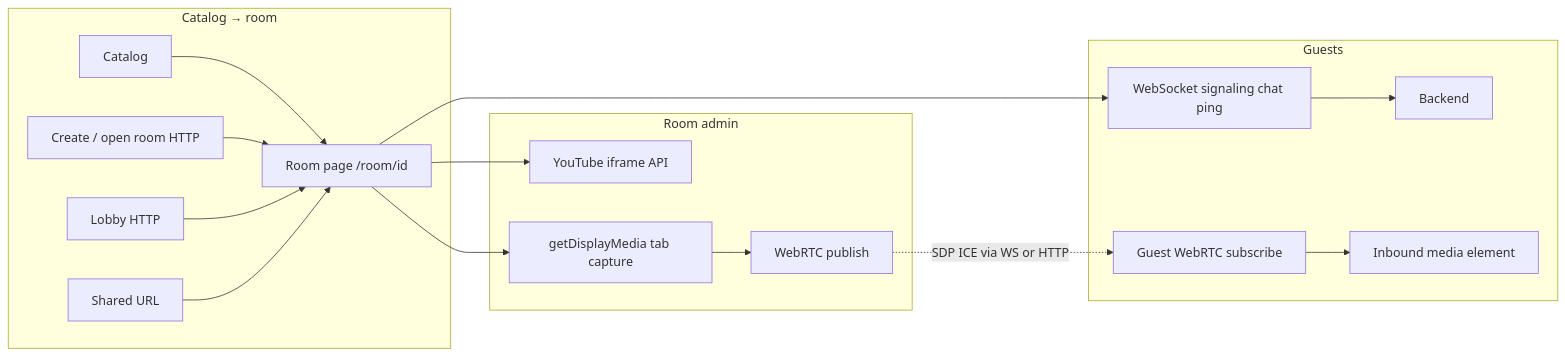
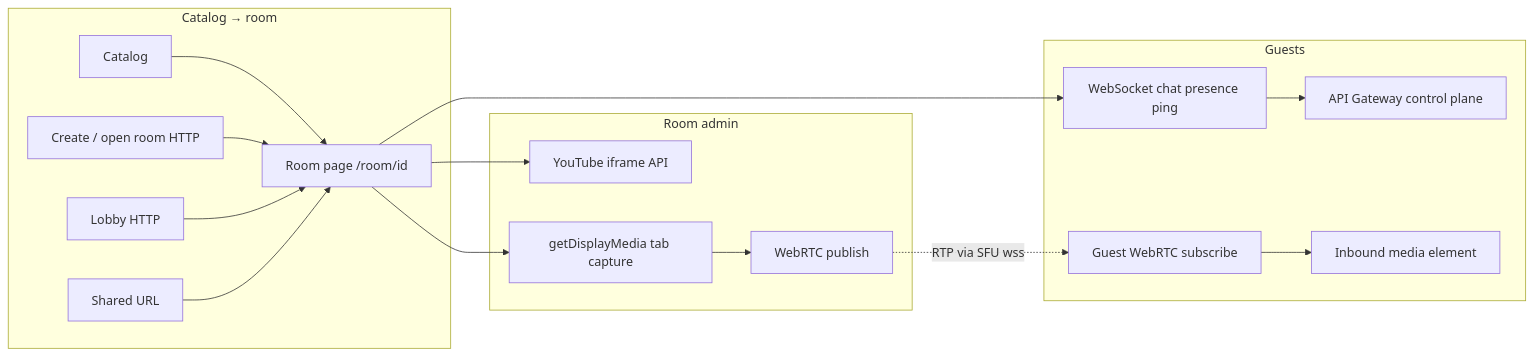
One commit to StacksOnTheRacks/riffsync changed the diagram in docs/architecture.frontend.md. Above: the diagram before and after it, drawn with Mermaid. The commit also changed 3 other files, not shown here.

First line of the commit message:
docs: retire API Gateway mesh signaling from operator docs (#163)

````diff
--- a/docs/architecture.frontend.md
+++ b/docs/architecture.frontend.md
@@ -42,22 +42,22 @@
 ```mermaid
 flowchart LR
   subgraph catalog_to_room["Catalog → room"]
     CAT[Catalog] --> ROOM[Room page /room/id]
     CR[Create / open room HTTP] --> ROOM
     LOB[Lobby HTTP] --> ROOM
     LINK[Shared URL] --> ROOM
   end
 
   subgraph admin_path["Room admin"]
     ROOM --> YT[YouTube iframe API]
     ROOM --> CAP[getDisplayMedia tab capture]
     CAP --> RTC_OUT[WebRTC publish]
   end
 
   subgraph guest_path["Guests"]
-    ROOM --> WS[WebSocket signaling chat ping]
-    WS --> SRV[Backend]
-    RTC_OUT -.->|SDP ICE via WS or HTTP| GUEST[Guest WebRTC subscribe]
+    ROOM --> WS[WebSocket chat presence ping]
+    WS --> SRV[API Gateway control plane]
+    RTC_OUT -.->|RTP via SFU wss| GUEST[Guest WebRTC subscribe]
     GUEST --> VID[Inbound media element]
   end
 ```
````
